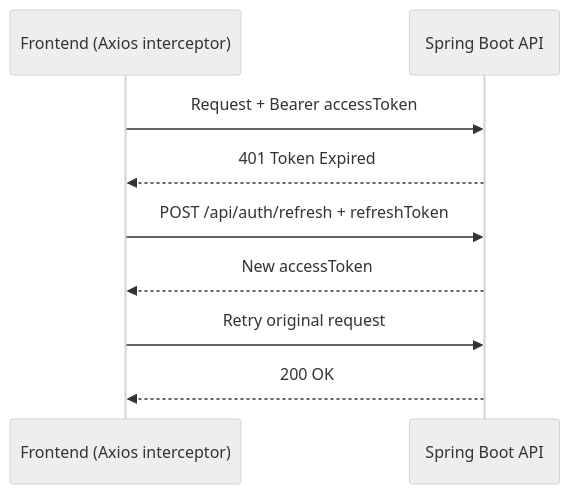
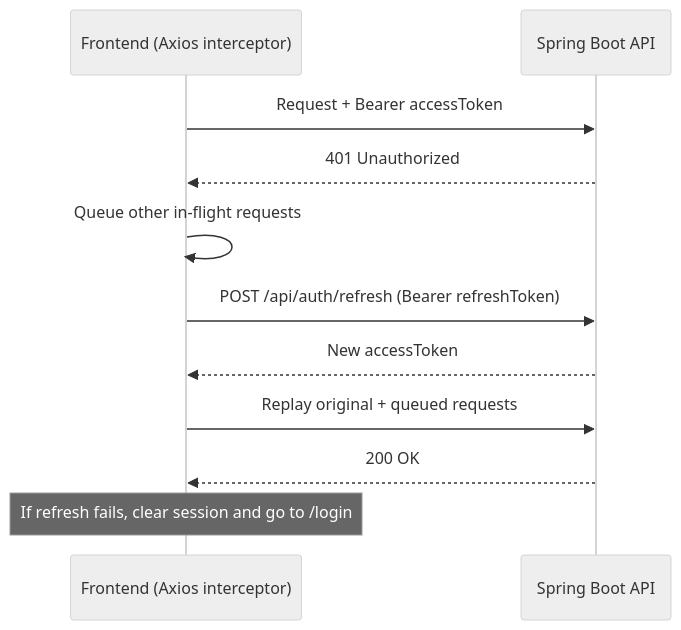
The seventh of 16 diagrams in portfolio-react/public/docs/travelluhh.md (snsyaqirah/snsyaqirah.github.io), drawn with Mermaid (neutral theme) before and after one commit. The commit also changed other lines of this file and 101 other files, not shown here.

````diff
--- a/portfolio-react/public/docs/travelluhh.md
+++ b/portfolio-react/public/docs/travelluhh.md
@@ -240,12 +249,14 @@
 ```mermaid
 sequenceDiagram
     participant FE as Frontend (Axios interceptor)
     participant API as Spring Boot API
 
     FE->>API: Request + Bearer accessToken
-    API-->>FE: 401 Token Expired
-    FE->>API: POST /api/auth/refresh + refreshToken
+    API-->>FE: 401 Unauthorized
+    FE->>FE: Queue other in-flight requests
+    FE->>API: POST /api/auth/refresh (Bearer refreshToken)
     API-->>FE: New accessToken
-    FE->>API: Retry original request
+    FE->>API: Replay original + queued requests
     API-->>FE: 200 OK
+    Note over FE: If refresh fails, clear session and go to /login
 ```
````
